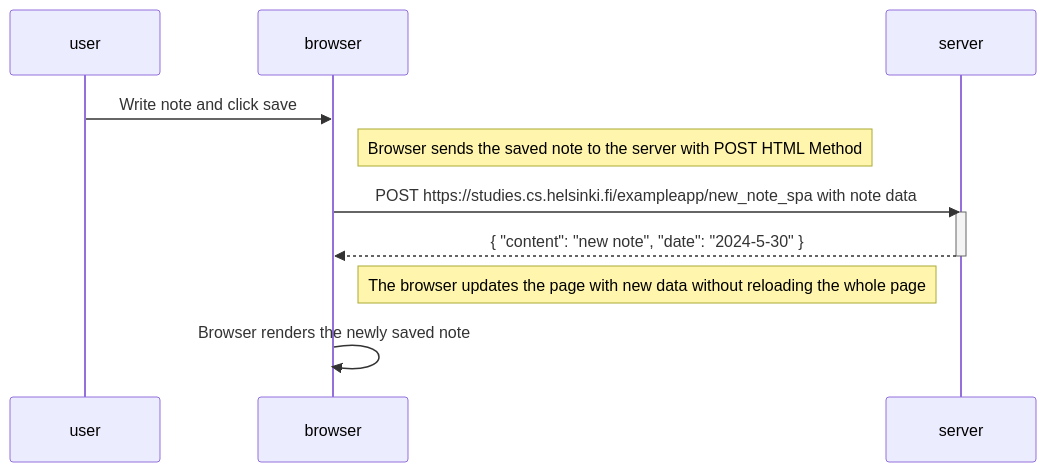
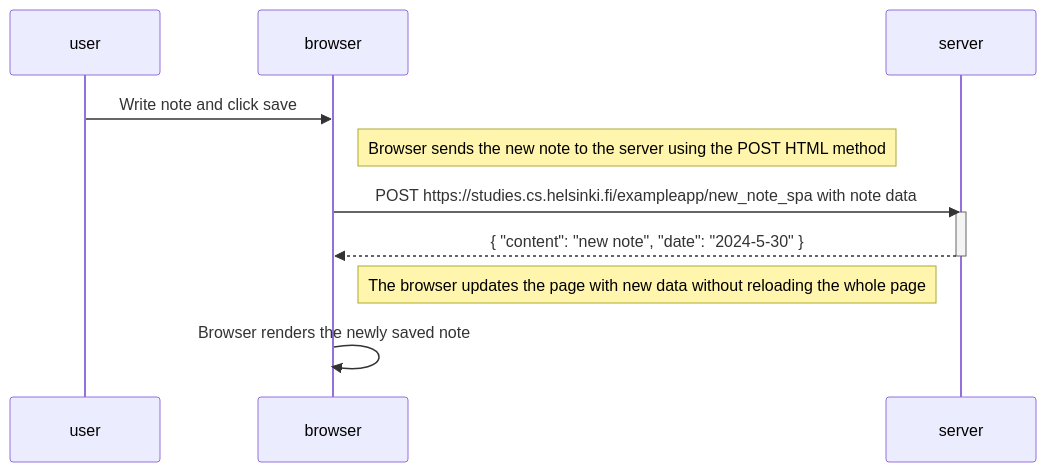
The diagram in part0/0.6.md (ST-KO/fullstackopen), drawn with Mermaid before and after one commit. The commit also changed 1 other file, not shown here.

Commit message:
assignment 0.6

````diff
--- a/part0/0.6.md
+++ b/part0/0.6.md
@@ -1,20 +1,20 @@
 ```mermaid
 sequenceDiagram
     participant user
     participant browser
     participant server
 
     user->>browser: Write note and click save
 
-    Note right of browser: Browser sends the saved note to the server with POST  HTML Method
+    Note right of browser: Browser sends the new note to the server using the POST  HTML method
 
     browser->>server: POST https://studies.cs.helsinki.fi/exampleapp/new_note_spa with note data
     activate server
     server-->>browser: { "content": "new note", "date": "2024-5-30" }
     deactivate server
 
     Note right of browser: The browser updates the page with new data without reloading the whole page
 
     browser->>browser: Browser renders the newly saved note
 
 ```
````
